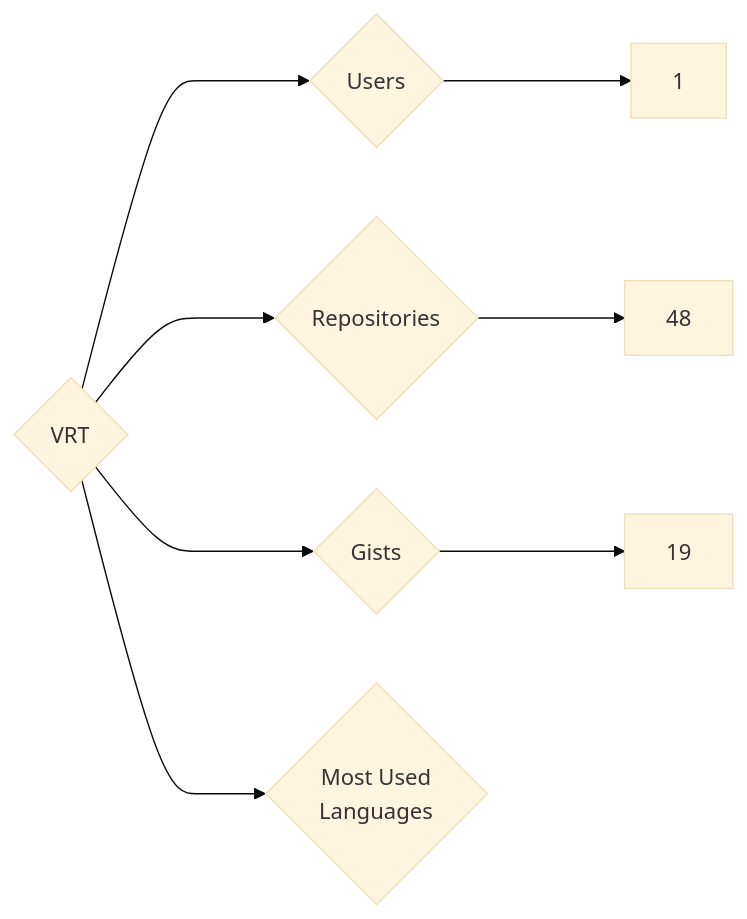
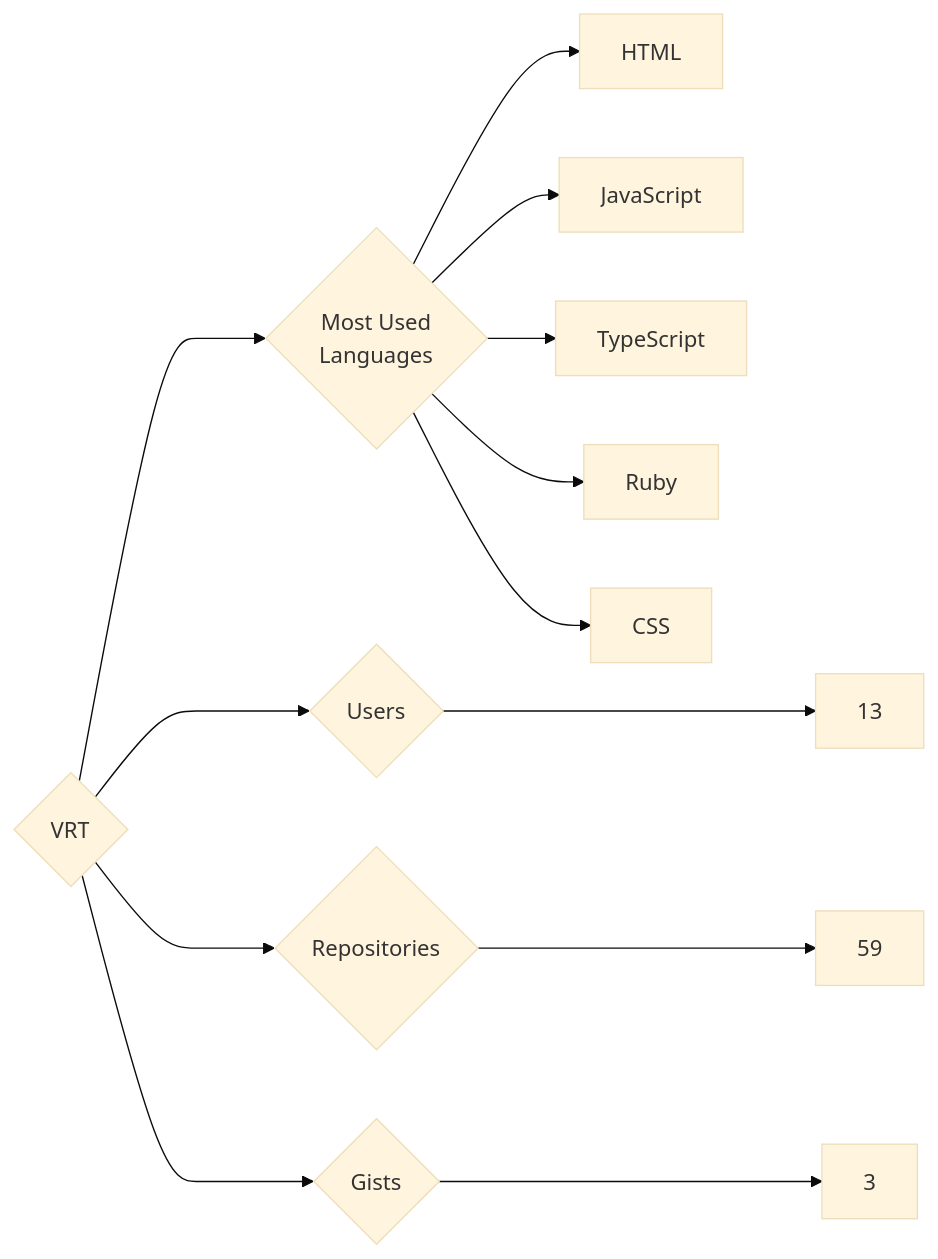
Before and after one commit to trickest/insiders: the diagram in targets/VRT/README.md, drawn with Mermaid (base theme). The commit also changed 878 other files, not shown here.

````diff
--- a/targets/VRT/README.md
+++ b/targets/VRT/README.md
@@ -3,8 +3,13 @@
 ```mermaid
 graph LR
 COMPANY_NAME{VRT}
-COMPANY_NAME ---> U{Users} ---> UN[1]
-COMPANY_NAME ---> R{Repositories} ---> RN[48]
-COMPANY_NAME ---> G{Gists} ---> GN[19]
+COMPANY_NAME ---> U{Users} ---> UN[13]
+COMPANY_NAME ---> R{Repositories} ---> RN[59]
+COMPANY_NAME ---> G{Gists} ---> GN[3]
 COMPANY_NAME ---> ML{Most Used<br>Languages}
+ML --> HTML[HTML]
+ML --> JavaScript[JavaScript]
+ML --> TypeScript[TypeScript]
+ML --> Ruby[Ruby]
+ML --> CSS[CSS]
 ```
````
